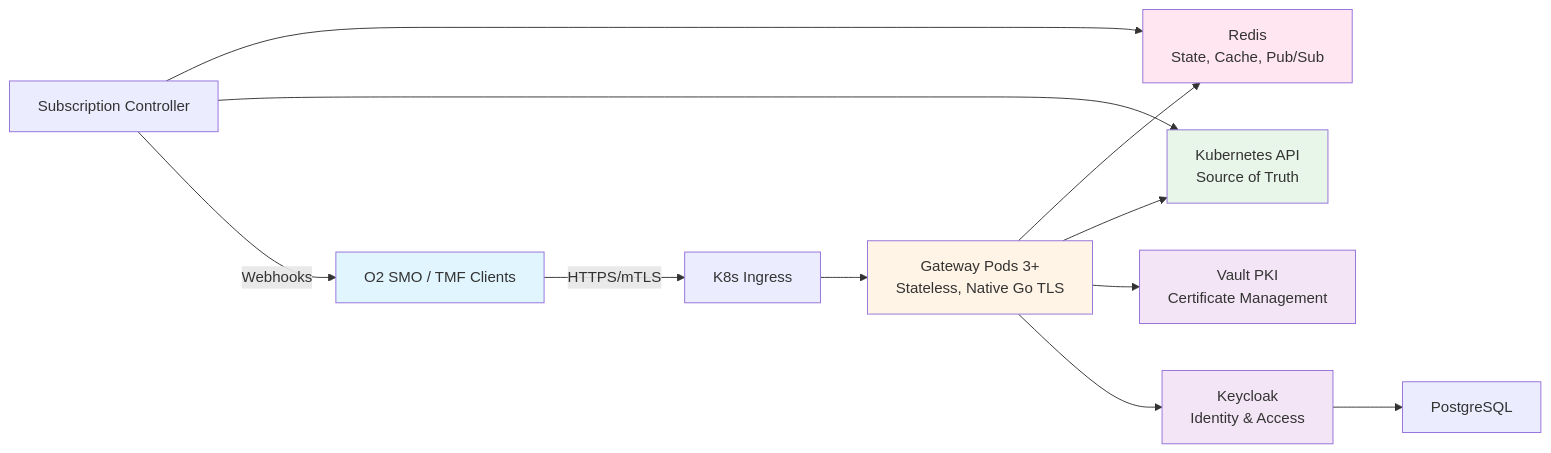
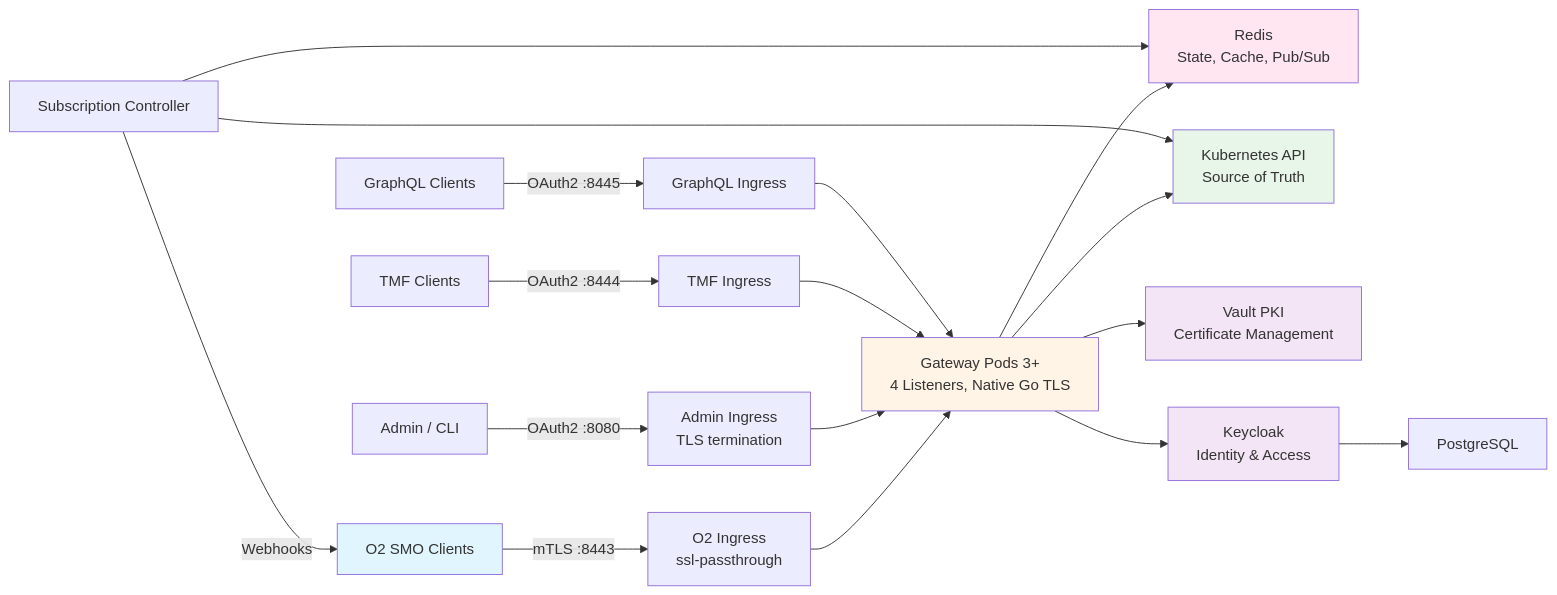
Before and after one commit to piwi3910/netweave: the first of 3 diagrams in ARCHITECTURE_SUMMARY.md, drawn with Mermaid. The commit also changed other lines of this file and 7 other files, not shown here.

First line of the commit message:
[Docs] Update documentation for multi-port gateway architecture

````diff
--- a/ARCHITECTURE_SUMMARY.md
+++ b/ARCHITECTURE_SUMMARY.md
@@ -85,20 +85,28 @@
 ```mermaid
 graph LR
-    SMO[O2 SMO / TMF Clients] -->|HTTPS/mTLS| Ingress[K8s Ingress]
-    Ingress --> GW[Gateway Pods 3+<br/>Stateless, Native Go TLS]
+    SMO[O2 SMO Clients] -->|mTLS :8443| Ingress_O2[O2 Ingress<br/>ssl-passthrough]
+    Admin[Admin / CLI] -->|OAuth2 :8080| Ingress_Admin[Admin Ingress<br/>TLS termination]
+    TMF[TMF Clients] -->|OAuth2 :8444| Ingress_TMF[TMF Ingress]
+    GQL[GraphQL Clients] -->|OAuth2 :8445| Ingress_GQL[GraphQL Ingress]
+
+    Ingress_O2 --> GW[Gateway Pods 3+<br/>4 Listeners, Native Go TLS]
+    Ingress_Admin --> GW
+    Ingress_TMF --> GW
+    Ingress_GQL --> GW
+
     GW --> Redis[Redis<br/>State, Cache, Pub/Sub]
     GW --> K8s[Kubernetes API<br/>Source of Truth]
     GW --> Vault[Vault PKI<br/>Certificate Management]
     GW --> KC[Keycloak<br/>Identity & Access]
     KC --> PG[PostgreSQL]
     CTRL[Subscription Controller] --> Redis
     CTRL --> K8s
     CTRL -->|Webhooks| SMO
 
     style SMO fill:#e1f5ff
     style GW fill:#fff4e6
     style Redis fill:#ffe6f0
     style K8s fill:#e8f5e9
     style Vault fill:#f3e5f5
     style KC fill:#f3e5f5
 ```
````
